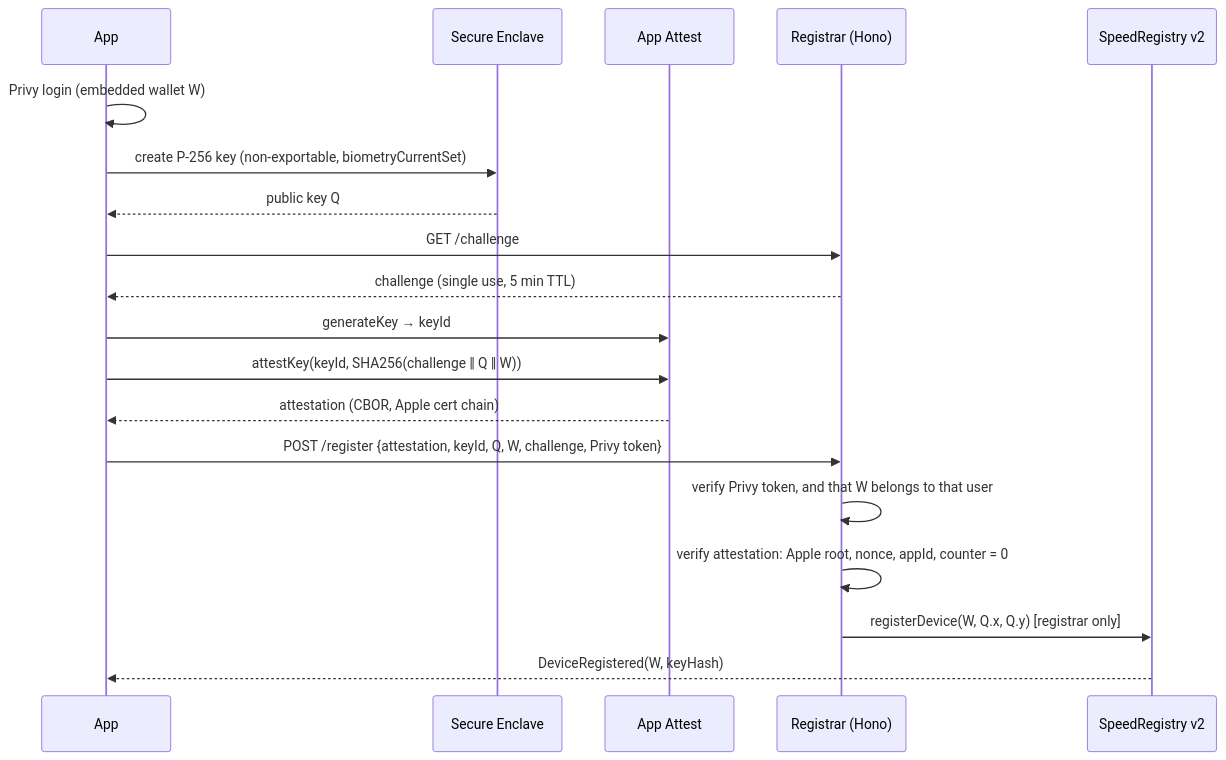
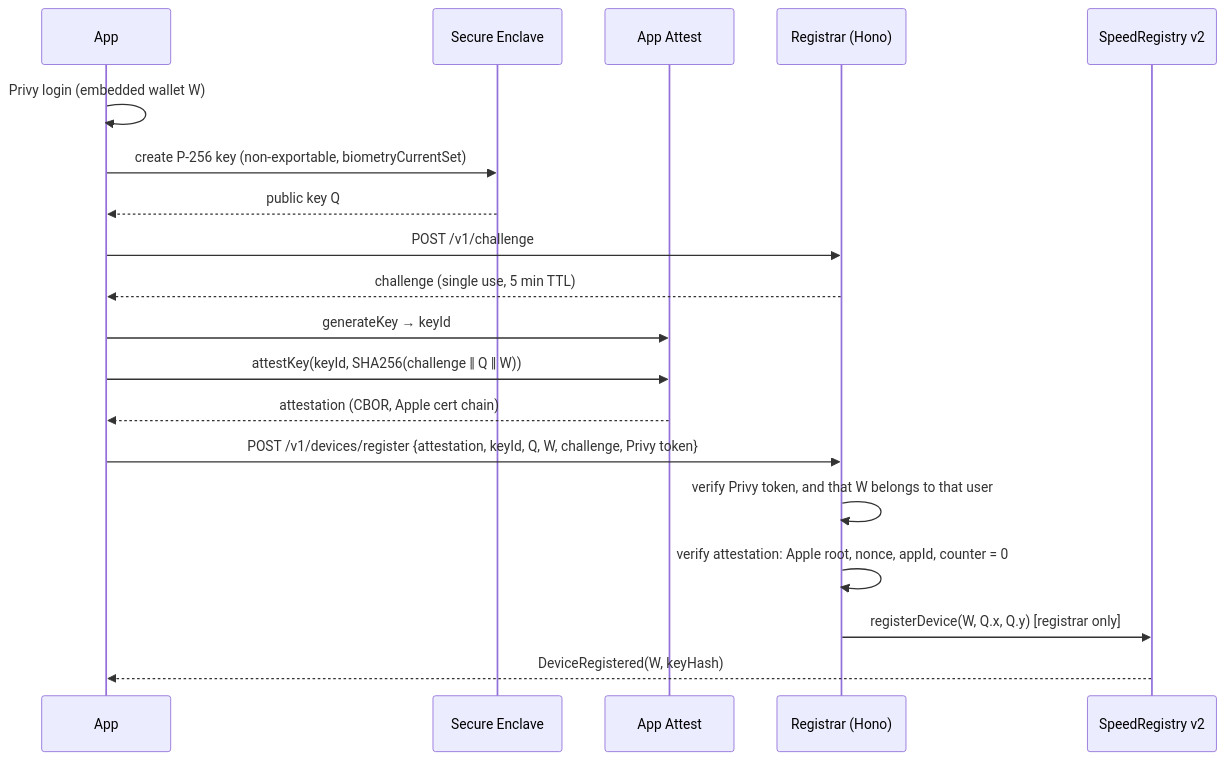
One commit to narasim-teja/chainSpeed changed the diagram in docs/identity-design.md. Above: the diagram before and after it, drawn with Mermaid. The commit also changed other lines of this file and 6 other files, not shown here.

````diff
--- a/docs/identity-design.md
+++ b/docs/identity-design.md
@@ -32,22 +33,22 @@
 ```mermaid
 sequenceDiagram
     participant App
     participant SE as Secure Enclave
     participant AA as App Attest
     participant S as Registrar (Hono)
     participant C as SpeedRegistry v2
 
     App->>App: Privy login (embedded wallet W)
     App->>SE: create P-256 key (non-exportable, biometryCurrentSet)
     SE-->>App: public key Q
-    App->>S: GET /challenge
+    App->>S: POST /v1/challenge
     S-->>App: challenge (single use, 5 min TTL)
     App->>AA: generateKey → keyId
     App->>AA: attestKey(keyId, SHA256(challenge ‖ Q ‖ W))
     AA-->>App: attestation (CBOR, Apple cert chain)
-    App->>S: POST /register {attestation, keyId, Q, W, challenge, Privy token}
+    App->>S: POST /v1/devices/register {attestation, keyId, Q, W, challenge, Privy token}
     S->>S: verify Privy token, and that W belongs to that user
     S->>S: verify attestation: Apple root, nonce, appId, counter = 0
     S->>C: registerDevice(W, Q.x, Q.y)  [registrar only]
     C-->>App: DeviceRegistered(W, keyHash)
 ```
````
